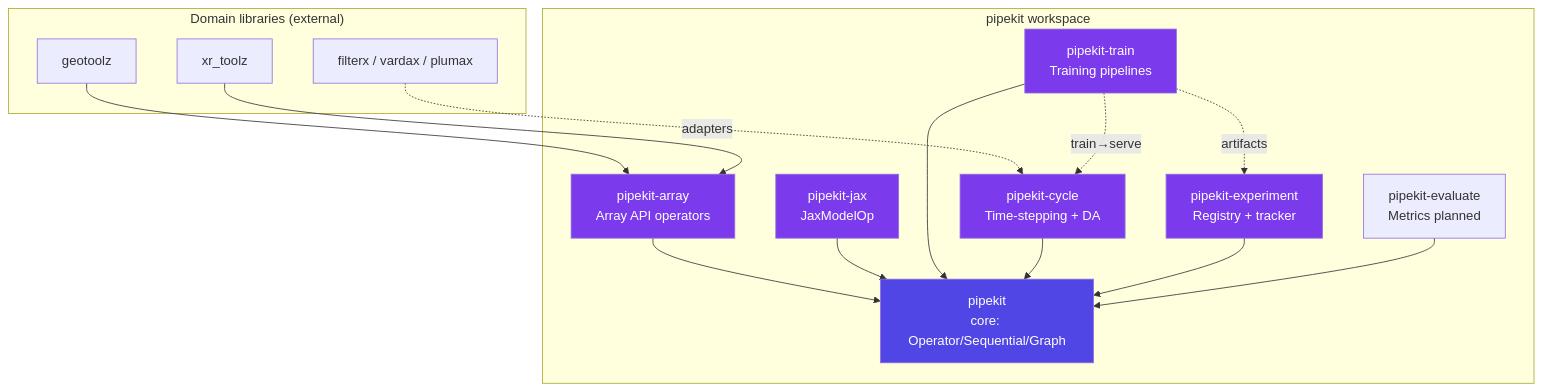
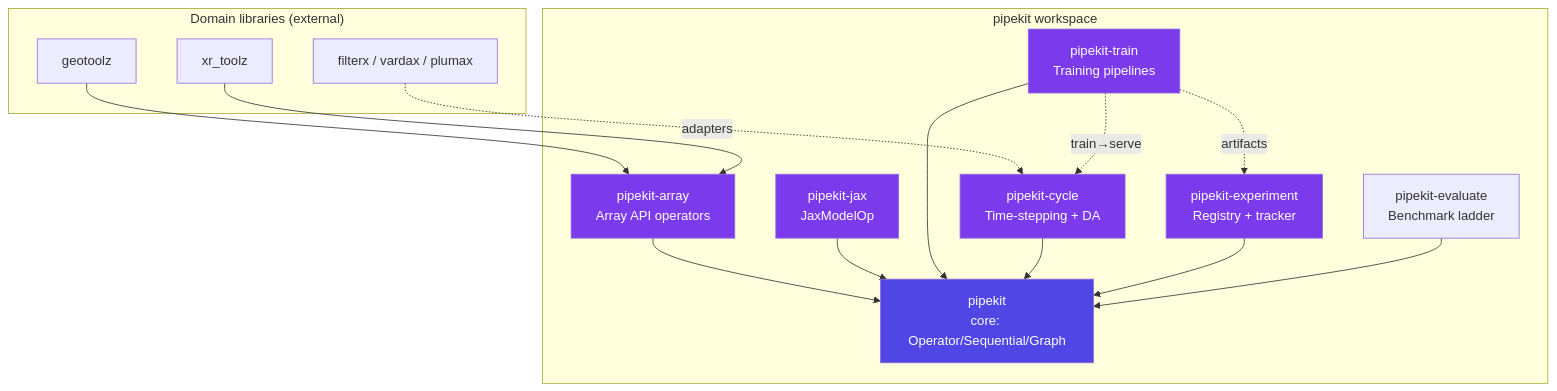
One commit to jejjohnson/pipekit changed the diagram in README.md. Above: the diagram before and after it, drawn with Mermaid. The commit also changed other lines of this file and 20 other files, not shown here.

````diff
--- a/README.md
+++ b/README.md
@@ -55,37 +56,37 @@
 ```mermaid
 graph TB
     subgraph Domain["Domain libraries (external)"]
         GT[geotoolz]
         XT[xr_toolz]
         FX[filterx / vardax / plumax]
     end
 
     subgraph Workspace["pipekit workspace"]
         PA[pipekit-array<br/>Array API operators]
         PJ[pipekit-jax<br/>JaxModelOp]
         PT[pipekit-train<br/>Training pipelines]
         PC[pipekit-cycle<br/>Time-stepping + DA]
         PE[pipekit-experiment<br/>Registry + tracker]
-        PV[pipekit-evaluate<br/>Metrics planned]
+        PV[pipekit-evaluate<br/>Benchmark ladder]
         PK[pipekit<br/>core: Operator/Sequential/Graph]
     end
 
     GT --> PA
     XT --> PA
     PA --> PK
     PJ --> PK
     PT --> PK
     PC --> PK
     PE --> PK
     PV --> PK
     FX -.adapters.-> PC
     PT -.train→serve.-> PC
     PT -.artifacts.-> PE
 
     style PK fill:#4f46e5,color:#fff
     style PA fill:#7c3aed,color:#fff
     style PC fill:#7c3aed,color:#fff
     style PT fill:#7c3aed,color:#fff
     style PE fill:#7c3aed,color:#fff
     style PJ fill:#7c3aed,color:#fff
 ```
````
